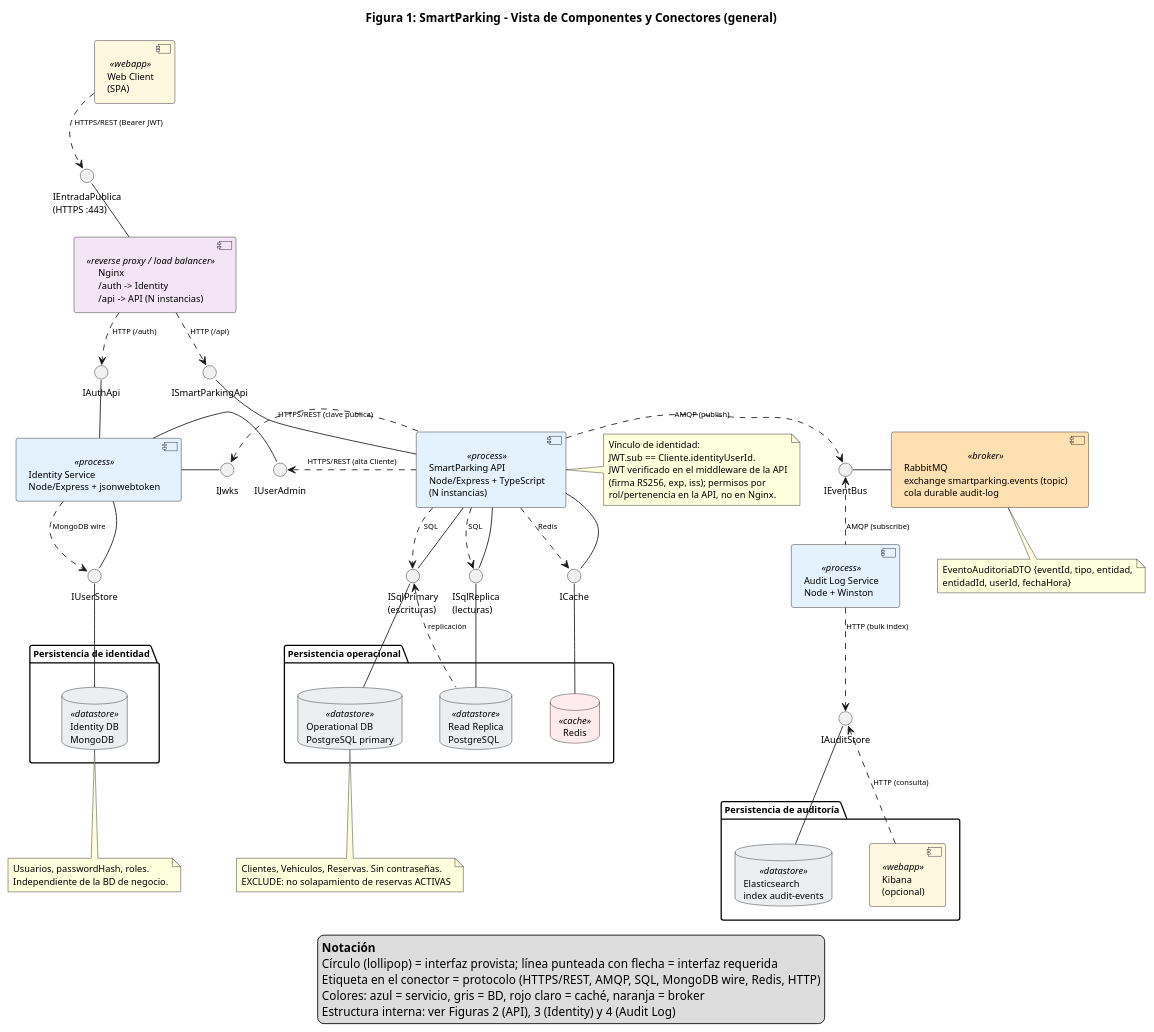
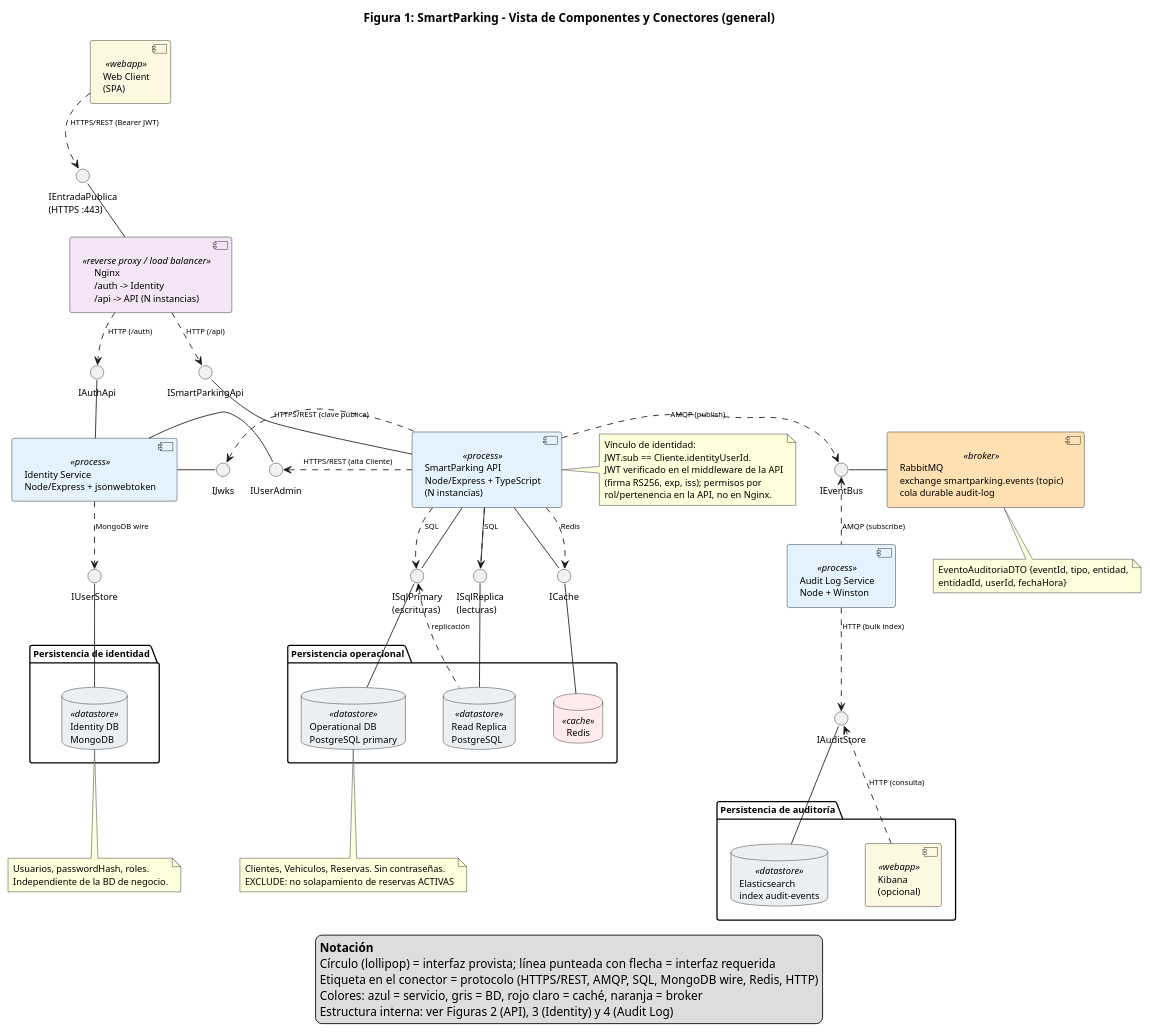
One commit to martinbernheim/smartparking-arqsoft changed the diagram in diagramas/01-vista-general.puml. Above: the diagram before and after it, drawn with PlantUML. The commit also changed 3 other files, not shown here.

```diff
--- a/diagramas/01-vista-general.puml
+++ b/diagramas/01-vista-general.puml
@@ -1,125 +1,124 @@
 @startuml
 skinparam componentStyle uml2
 skinparam shadowing false
 skinparam defaultFontSize 11
 skinparam ArrowFontSize 9
 skinparam nodesep 20
 skinparam ranksep 30
 skinparam component {
   BackgroundColor<<process>> #E3F2FD
   BackgroundColor<<webapp>> #FFF8E1
   BackgroundColor<<reverse proxy / load balancer>> #F3E5F5
   BackgroundColor<<broker>> #FFE0B2
   BackgroundColor<<module>> #E8F5E9
   BackgroundColor<<adapter>> #FFFDE7
 }
 skinparam database {
   BackgroundColor<<datastore>> #ECEFF1
   BackgroundColor<<cache>> #FFEBEE
 }
 skinparam nodesep 45
 
 title Figura 1: SmartParking – Vista de Componentes y Conectores (general)
 
 component "Web Client\n(SPA)" as Web <<webapp>>
 interface "IEntradaPublica\n(HTTPS :443)" as IEntry
 component "Nginx\n/auth -> Identity\n/api -> API (N instancias)" as Nginx <<reverse proxy / load balancer>>
 
 component "Identity Service\nNode/Express + jsonwebtoken" as Identity <<process>>
 interface "IAuthApi" as IAuthApi
 interface "IUserAdmin" as IUserAdmin
 interface "IJwks" as IJwks
 
 component "SmartParking API\nNode/Express + TypeScript\n(N instancias)" as API <<process>>
 interface "ISmartParkingApi" as ISPApi
 
 component "RabbitMQ\nexchange smartparking.events (topic)\ncola durable audit-log" as MQ <<broker>>
 interface "IEventBus" as IEventBus
 
 component "Audit Log Service\nNode + Winston" as Audit <<process>>
 
 package "Persistencia de identidad" {
   database "Identity DB\nMongoDB" as IdentityDB <<datastore>>
 }
 interface "IUserStore" as IUserStore
 
 package "Persistencia operacional" {
   database "Operational DB\nPostgreSQL primary" as OpDB <<datastore>>
   database "Read Replica\nPostgreSQL" as Replica <<datastore>>
   database "Redis" as Redis <<cache>>
 }
 interface "ISqlPrimary\n(escrituras)" as ISqlPrimary
 interface "ISqlReplica\n(lecturas)" as ISqlReplica
 interface "ICache" as ICache
 
 package "Persistencia de auditoría" {
   database "Elasticsearch\nindex audit-events" as ES <<datastore>>
   component "Kibana\n(opcional)" as Kibana <<webapp>>
 }
 interface "IAuditStore" as IAuditStore
 
 Identity -up- IAuthApi
 API -up- ISPApi
 MQ -left- IEventBus
 Identity -right- IJwks
 Identity -right---- IUserAdmin
-Identity -down- IUserStore
 IdentityDB -up- IUserStore
 API -down- ISqlPrimary
 API -down- ISqlReplica
 API -down- ICache
 OpDB -up- ISqlPrimary
 Replica -up- ISqlReplica
 Redis -up- ICache
 ES -up- IAuditStore
 
 Web .down.> IEntry : HTTPS/REST (Bearer JWT)
 IEntry -down- Nginx
 Nginx .down.> IAuthApi : HTTP (/auth)
 Nginx .down.> ISPApi : HTTP (/api)
 API .left.> IJwks : HTTPS/REST (clave pública)
 API .left.> IUserAdmin : HTTPS/REST (alta Cliente)
 Identity .down.> IUserStore : MongoDB wire
 API .down.> ISqlPrimary : SQL
 API .down.> ISqlReplica : SQL
 API .down.> ICache : Redis
 Replica .left.> ISqlPrimary : replicación
 API .right.> IEventBus : AMQP (publish)
 Audit .up.> IEventBus : AMQP (subscribe)
 Audit .down.> IAuditStore : HTTP (bulk index)
 Kibana .down.> IAuditStore : HTTP (consulta)
 
 Identity -[hidden]right- API
 Web -[hidden]down- Nginx
 ISqlPrimary -[hidden]right- ISqlReplica
 ISqlReplica -[hidden]right- ICache
 MQ -[hidden]down- Audit
 
 note right of API
   Vínculo de identidad:
   JWT.sub == Cliente.identityUserId.
   JWT verificado en el middleware de la API
   (firma RS256, exp, iss); permisos por
   rol/pertenencia en la API, no en Nginx.
 end note
 note bottom of MQ
   EventoAuditoriaDTO {eventId, tipo, entidad,
   entidadId, userId, fechaHora}
 end note
 note bottom of OpDB
   Clientes, Vehiculos, Reservas. Sin contraseñas.
   EXCLUDE: no solapamiento de reservas ACTIVAS
 end note
 note bottom of IdentityDB
   Usuarios, passwordHash, roles.
   Independiente de la BD de negocio.
 end note
 
 legend bottom
   **Notación**
   Círculo (lollipop) = interfaz provista;  línea punteada con flecha = interfaz requerida
   Etiqueta en el conector = protocolo (HTTPS/REST, AMQP, SQL, MongoDB wire, Redis, HTTP)
   Colores: azul = servicio, gris = BD, rojo claro = caché, naranja = broker
   Estructura interna: ver Figuras 2 (API), 3 (Identity) y 4 (Audit Log)
 end legend
 @enduml
```
